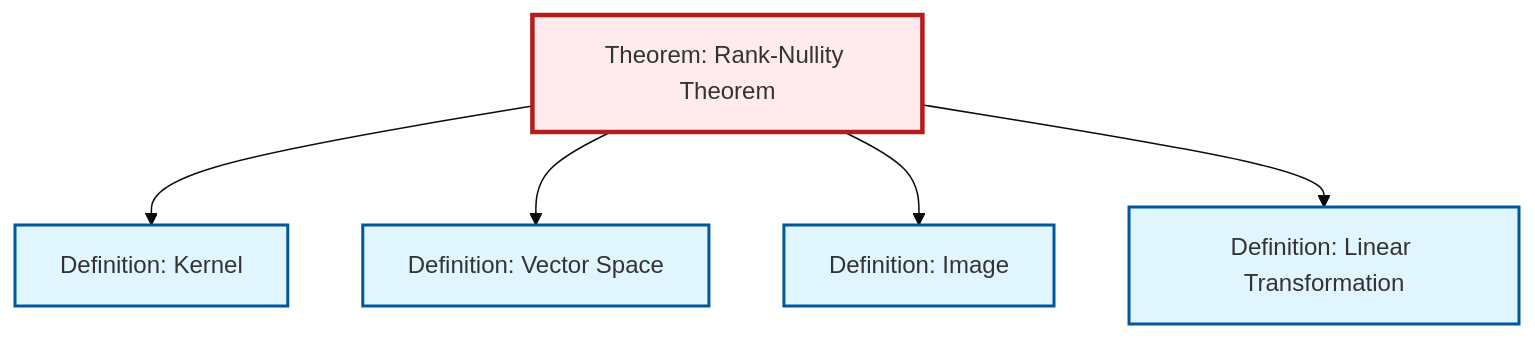
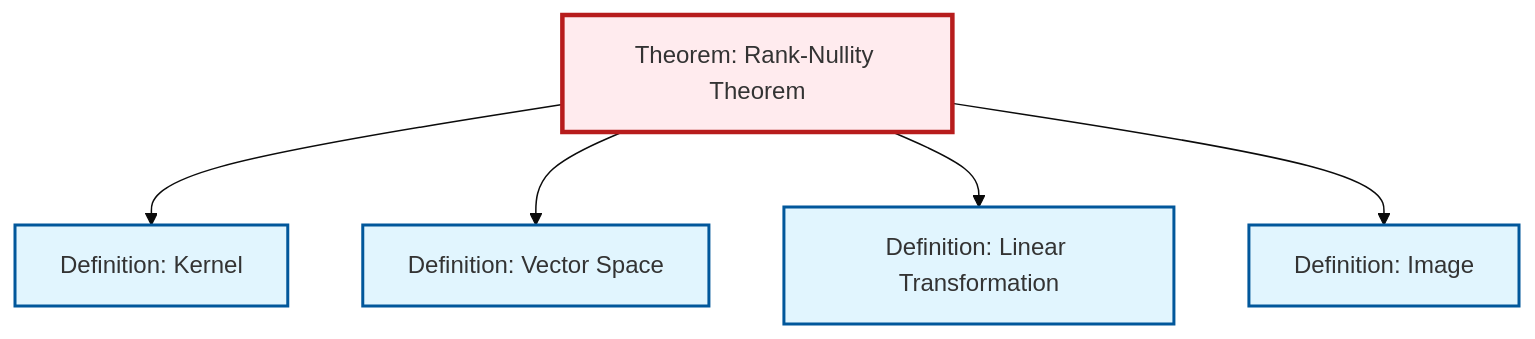
The diagram in content/en/algebra/thm-rank-nullity.qmd (RK0429/ModernMath), drawn with Mermaid (base theme) before and after one commit. The commit also changed other lines of this file and 497 other files, not shown here.

````diff
--- a/content/en/algebra/thm-rank-nullity.qmd
+++ b/content/en/algebra/thm-rank-nullity.qmd
@@ -55,23 +55,23 @@
 ```{mermaid}
 %%| fig-cap: "Local dependency graph"
 graph TD
     classDef definition fill:#e1f5fe,stroke:#01579b,stroke-width:2px
     classDef theorem fill:#f3e5f5,stroke:#4a148c,stroke-width:2px
     classDef axiom fill:#fff3e0,stroke:#e65100,stroke-width:2px
     classDef example fill:#e8f5e9,stroke:#1b5e20,stroke-width:2px
     classDef current fill:#ffebee,stroke:#b71c1c,stroke-width:3px
+    def-kernel["Definition: Kernel"]:::definition
     thm-rank-nullity["Theorem: Rank-Nullity Theorem"]:::theorem
-    def-kernel["Definition: Kernel"]:::definition
+    def-vector-space["Definition: Vector Space"]:::definition
     def-image["Definition: Image"]:::definition
-    def-vector-space["Definition: Vector Space"]:::definition
     def-linear-transformation["Definition: Linear Transformation"]:::definition
     thm-rank-nullity --> def-kernel
     thm-rank-nullity --> def-vector-space
+    thm-rank-nullity --> def-linear-transformation
     thm-rank-nullity --> def-image
-    thm-rank-nullity --> def-linear-transformation
     class thm-rank-nullity current
     click def-kernel "def-kernel.html" "Go to Kernel definition"
+    click def-vector-space "def-vector-space.html" "Go to Vector Space definition"
     click def-image "def-image.html" "Go to Image definition"
-    click def-vector-space "def-vector-space.html" "Go to Vector Space definition"
     click def-linear-transformation "def-linear-transformation.html" "Go to Linear Transformation definition"
 ```
````
